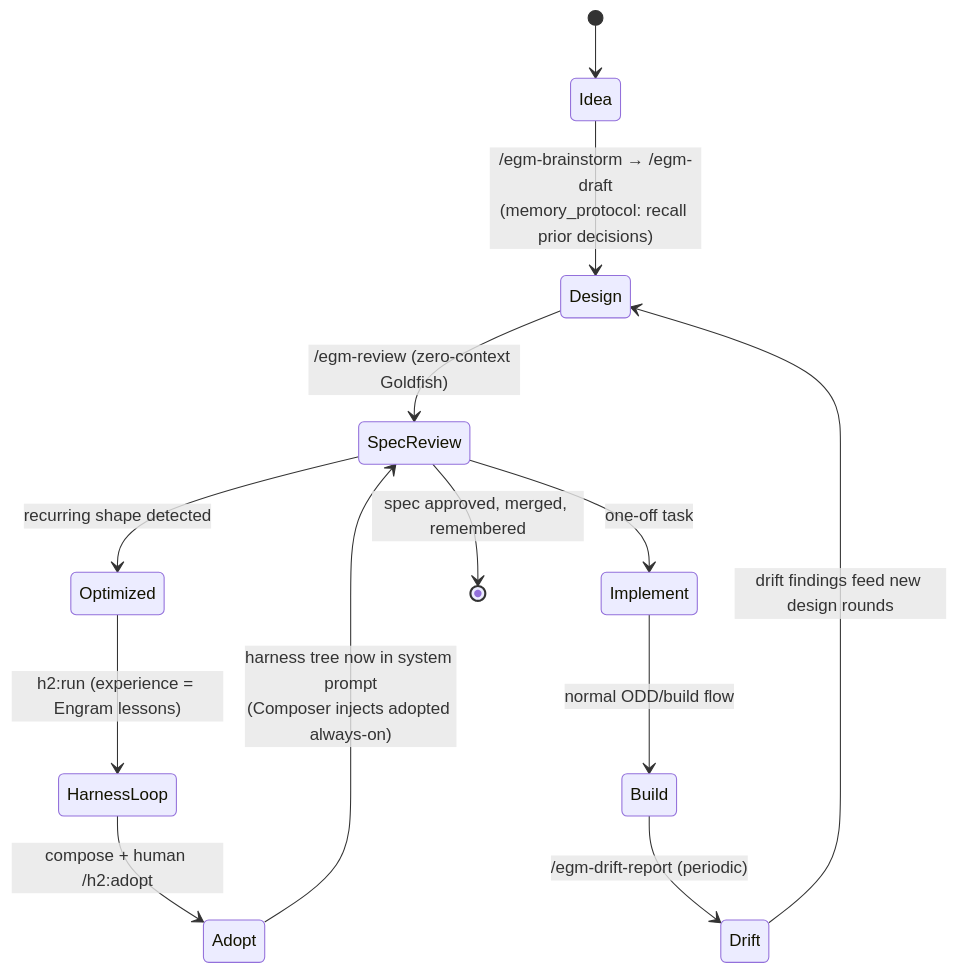
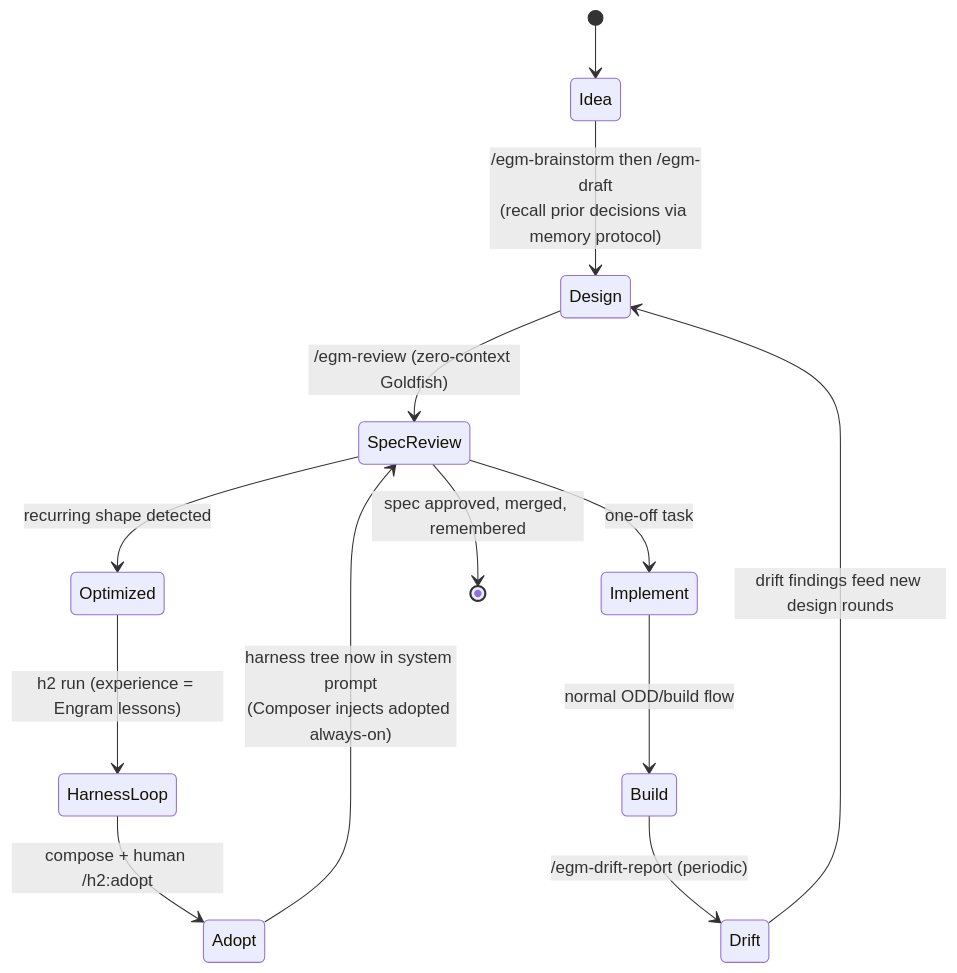
Before and after one commit to nsanta/pi-elephant-goldfish: the fifth of 5 diagrams in RESEARCH.md, drawn with Mermaid. The commit also changed other lines of this file, not shown here.

Commit message:
docs: fix mermaid parse errors in research diagrams (semicolons in notes, braces/colons in labels)

````diff
--- a/RESEARCH.md
+++ b/RESEARCH.md
@@ -191,15 +191,15 @@
 ```mermaid
 stateDiagram-v2
     [*] --> Idea
-    Idea --> Design: /egm-brainstorm → /egm-draft<br/>(memory_protocol: recall prior decisions)
+    Idea --> Design: /egm-brainstorm then /egm-draft<br/>(recall prior decisions via memory protocol)
     Design --> SpecReview: /egm-review (zero-context Goldfish)
     SpecReview --> Optimized: recurring shape detected
     SpecReview --> Implement: one-off task
-    Optimized --> HarnessLoop: h2:run (experience = Engram lessons)
+    Optimized --> HarnessLoop: h2 run (experience = Engram lessons)
     HarnessLoop --> Adopt: compose + human /h2:adopt
     Adopt --> SpecReview: harness tree now in system prompt<br/>(Composer injects adopted always-on)
     Implement --> Build: normal ODD/build flow
     Build --> Drift: /egm-drift-report (periodic)
     Drift --> Design: drift findings feed new design rounds
     SpecReview --> [*]: spec approved, merged, remembered
 ```
````
